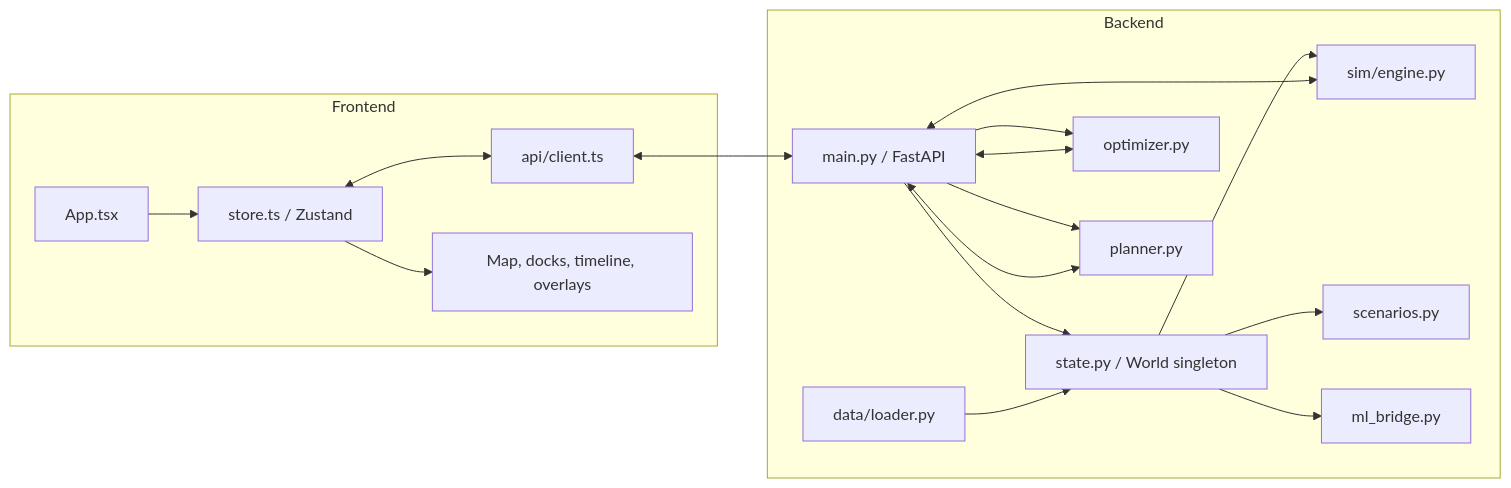
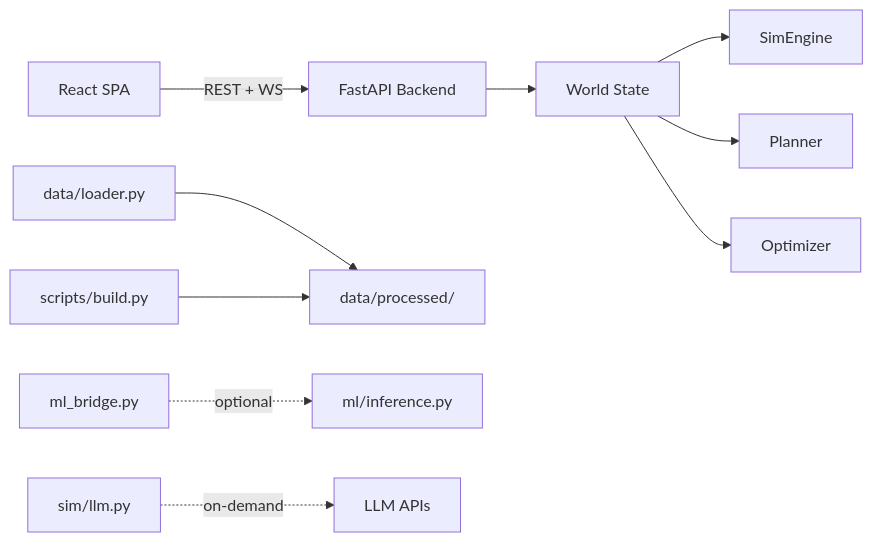
One commit to DanielWLiu07/wattif changed the first of 2 diagrams in docs/architecture.md. Above: the diagram before and after it, drawn with Mermaid. The commit also changed other lines of this file, not shown here.

````diff
--- a/docs/architecture.md
+++ b/docs/architecture.md
@@ -60,35 +17,12 @@
 ```mermaid
 flowchart LR
-  subgraph FE[Frontend]
-    App[App.tsx]
-    Store[store.ts / Zustand]
-    Client[api/client.ts]
-    UI[Map, docks, timeline, overlays]
-    App --> Store
-    Store --> UI
-    Store <--> Client
-  end
-
-  subgraph BE[Backend]
-    Main[main.py / FastAPI]
-    World[state.py / World singleton]
-    Engine[sim/engine.py]
-    Optimizer[optimizer.py]
-    Planner[planner.py]
-    Scenarios[scenarios.py]
-    ML[ml_bridge.py]
-    Data[data/loader.py]
-    Main --> World
-    World --> Engine
-    World --> Scenarios
-    World --> ML
-    Main --> Optimizer
-    Main --> Planner
-    Data --> World
-  end
-
-  Client <--> Main
-  Main <--> Engine
-  Main <--> Planner
-  Main <--> Optimizer
+    Browser[React SPA] -->|REST + WS| API[FastAPI Backend]
+    API --> World[World State]
+    World --> Sim[SimEngine]
+    World --> Planner[Planner]
+    World --> Optimizer[Optimizer]
+    Loader[data/loader.py] --> ProcessedData[data/processed/]
+    MLBridge[ml_bridge.py] -.->|optional| ML[ml/inference.py]
+    LLM[sim/llm.py] -.->|on-demand| AnthropicOrFeather[LLM APIs]
+    BuildScript[scripts/build.py] --> ProcessedData
 ```
````
